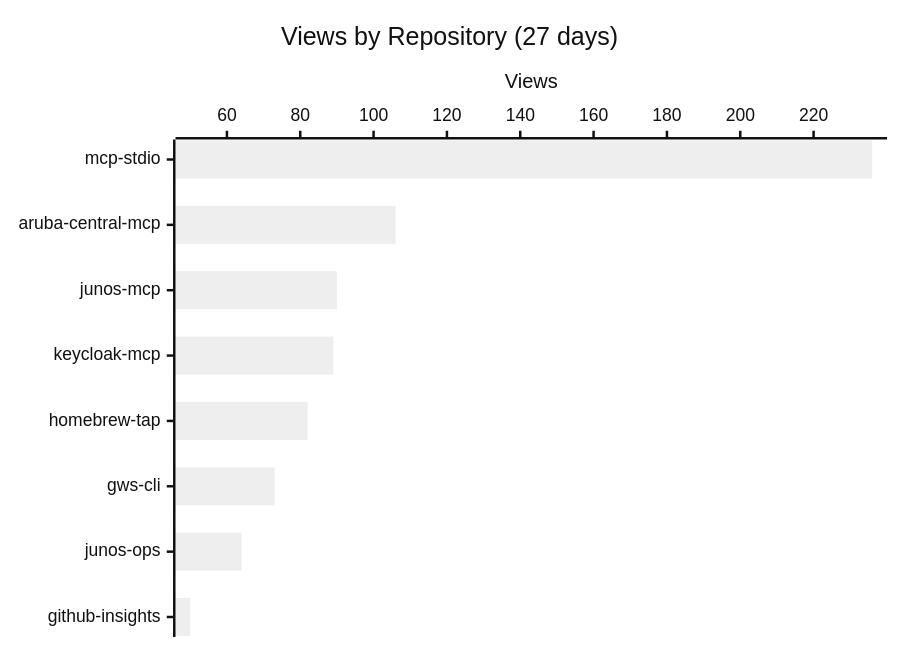
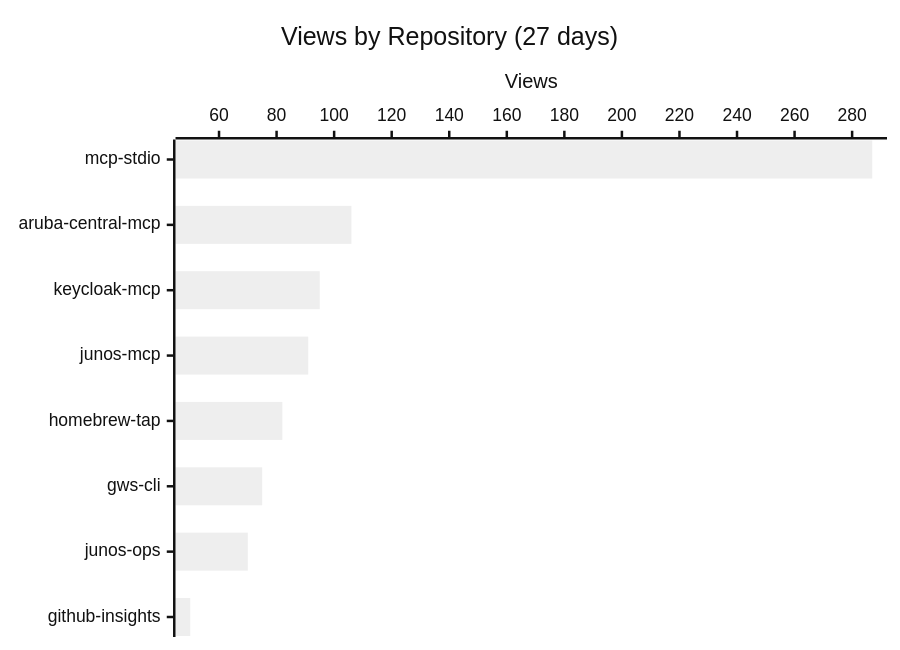
The first of 3 diagrams in README.md (shigechika/github-insights), drawn with Mermaid (neutral theme) before and after one commit. The commit also changed other lines of this file and 1 other file, not shown here.

````diff
--- a/README.md
+++ b/README.md
@@ -32,7 +32,7 @@
 ```mermaid
 xychart-beta horizontal
     title "Views by Repository (27 days)"
-    x-axis ["mcp-stdio", "aruba-central-mcp", "junos-mcp", "keycloak-mcp", "homebrew-tap", "gws-cli", "junos-ops", "github-insights"]
+    x-axis ["mcp-stdio", "aruba-central-mcp", "keycloak-mcp", "junos-mcp", "homebrew-tap", "gws-cli", "junos-ops", "github-insights"]
     y-axis "Views"
-    bar [236, 106, 90, 89, 82, 73, 64, 50]
+    bar [287, 106, 95, 91, 82, 75, 70, 50]
 ```
````
